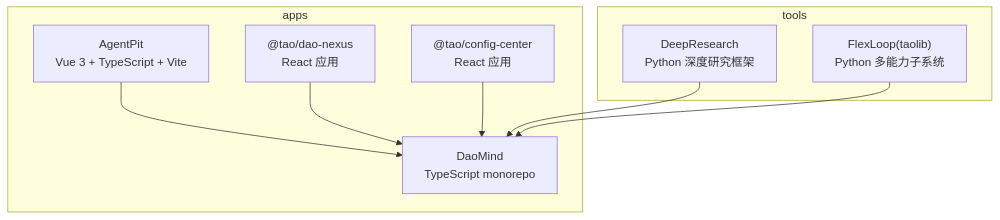
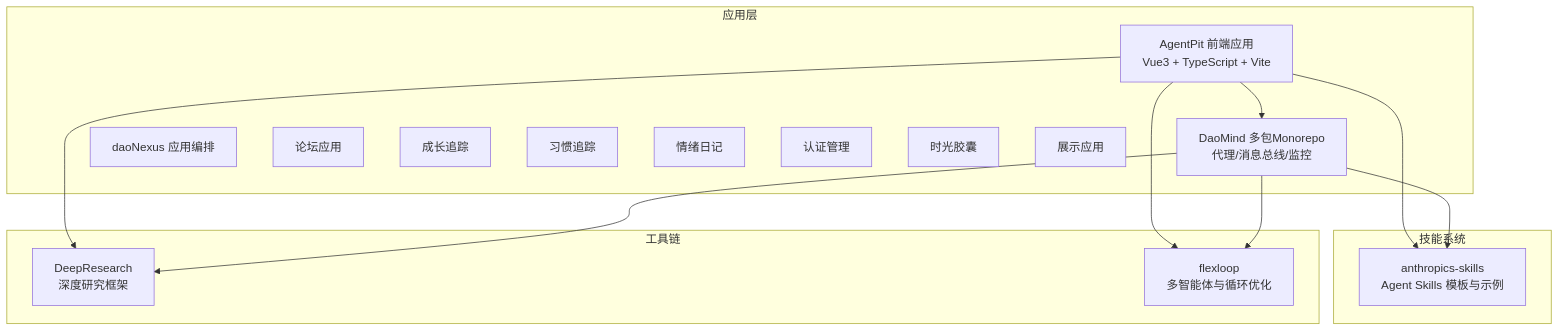
One commit to daoApps/daoApps changed the first of 7 diagrams in .qoder/repowiki/zh/content/项目概述/项目概述.md. Above: the diagram before and after it, drawn with Mermaid. The commit also changed other lines of this file and 274 other files, not shown here.

````diff
--- a/.qoder/repowiki/zh/content/项目概述/项目概述.md
+++ b/.qoder/repowiki/zh/content/项目概述/项目概述.md
@@ -41,18 +46,29 @@
 ```mermaid
 graph TB
-subgraph "apps"
-AgentPit["AgentPit<br/>Vue 3 + TypeScript + Vite"]
-DaoMind["DaoMind<br/>TypeScript monorepo"]
-daoNexus["@tao/dao-nexus<br/>React 应用"]
-configCenter["@tao/config-center<br/>React 应用"]
+subgraph "应用层"
+AgentPit["AgentPit 前端应用<br/>Vue3 + TypeScript + Vite"]
+DaoMind["DaoMind 多包Monorepo<br/>代理/消息总线/监控"]
+daoNexus["daoNexus 应用编排"]
+forum["论坛应用"]
+growth["成长追踪"]
+habit["习惯追踪"]
+mood["情绪日记"]
+oauth["认证管理"]
+timec["时光胶囊"]
+xinyu["展示应用"]
 end
-subgraph "tools"
-DeepResearch["DeepResearch<br/>Python 深度研究框架"]
-FlexLoop["FlexLoop(taolib)<br/>Python 多能力子系统"]
+subgraph "技能系统"
+skills["anthropics-skills<br/>Agent Skills 模板与示例"]
+end
+subgraph "工具链"
+dr["DeepResearch<br/>深度研究框架"]
+fl["flexloop<br/>多智能体与循环优化"]
 end
 AgentPit --> DaoMind
-daoNexus --> DaoMind
-configCenter --> DaoMind
-DeepResearch --> DaoMind
-FlexLoop --> DaoMind
+AgentPit --> skills
+AgentPit --> dr
+AgentPit --> fl
+DaoMind --> skills
+DaoMind --> dr
+DaoMind --> fl
 ```
````
